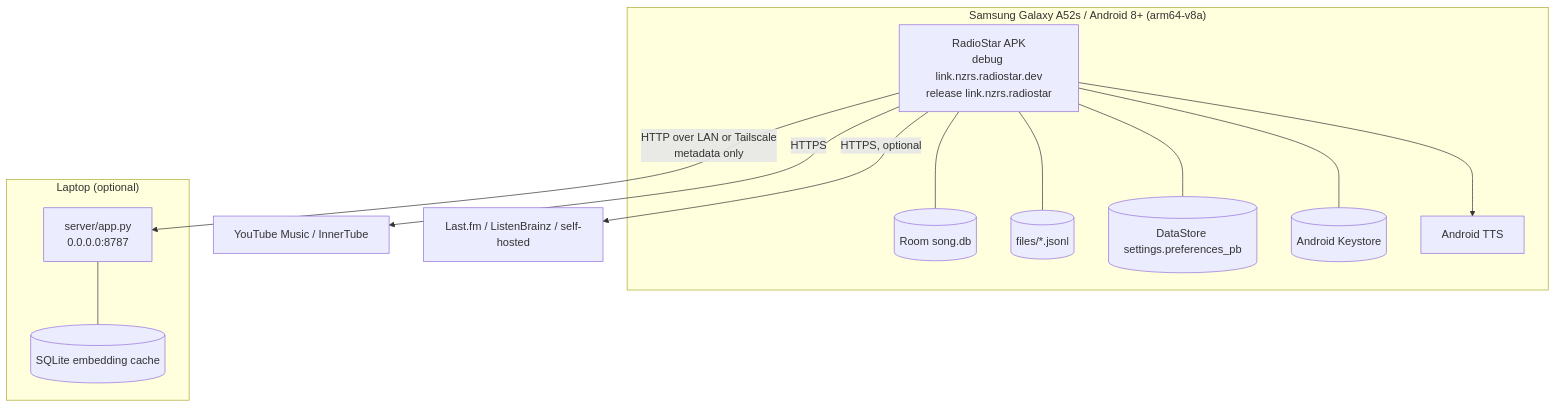
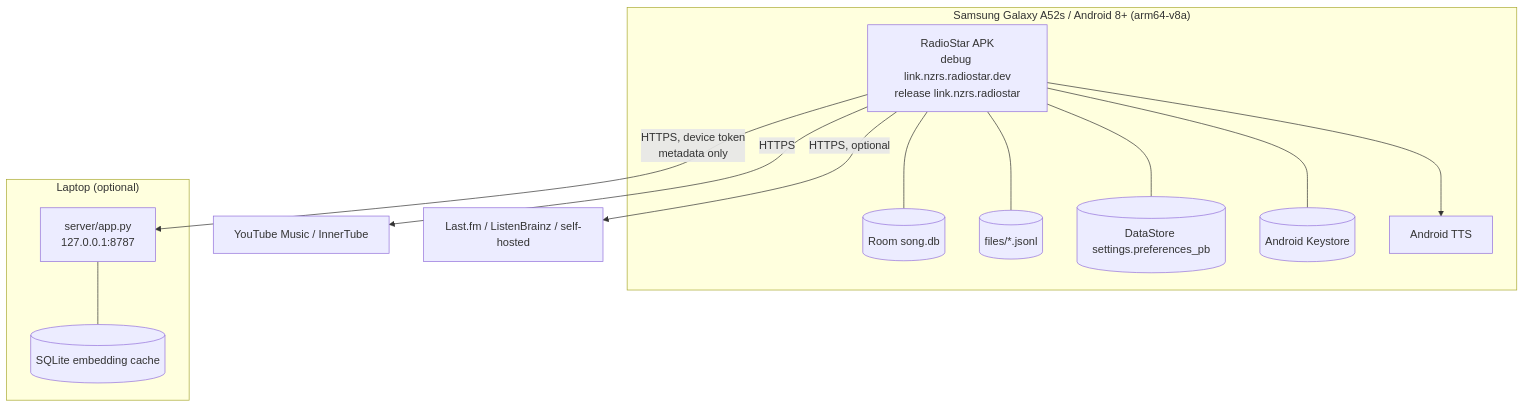
One commit to nzzrs/radiostar changed diagram 11 of 11 in docs/c4-model.md. Above: the diagram before and after it, drawn with Mermaid. The commit also changed other lines of this file and 31 other files, not shown here.

Commit message:
feat(auth): secure embedding server with device tokens

````diff
--- a/docs/c4-model.md
+++ b/docs/c4-model.md
@@ -506,29 +506,29 @@
 ```mermaid
 flowchart TB
     subgraph Phone["Samsung Galaxy A52s / Android 8+ (arm64-v8a)"]
         APK["RadioStar APK<br/>debug link.nzrs.radiostar.dev<br/>release link.nzrs.radiostar"]
         ROOM[("Room song.db")]
         JSON[("files/*.jsonl")]
         DS[("DataStore settings.preferences_pb")]
         KS[("Android Keystore")]
         TTS["Android TTS"]
     end
 
     subgraph Laptop["Laptop (optional)"]
-        SRV["server/app.py<br/>0.0.0.0:8787"]
+        SRV["server/app.py<br/>127.0.0.1:8787"]
         CACHE[("SQLite embedding cache")]
     end
 
     YT["YouTube Music / InnerTube"]
     SC["Last.fm / ListenBrainz / self-hosted"]
 
     APK --- ROOM
     APK --- JSON
     APK --- DS
     APK --- KS
     APK --> TTS
-    APK -->|"HTTP over LAN or Tailscale<br/>metadata only"| SRV
+    APK -->|"HTTPS, device token<br/>metadata only"| SRV
     SRV --- CACHE
     APK -->|"HTTPS"| YT
     APK -->|"HTTPS, optional"| SC
 ```
````
